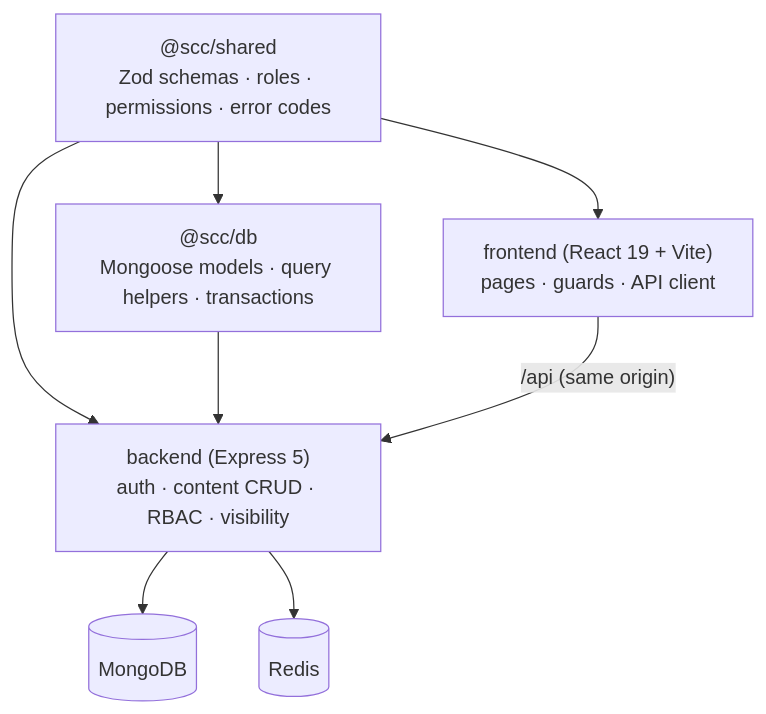
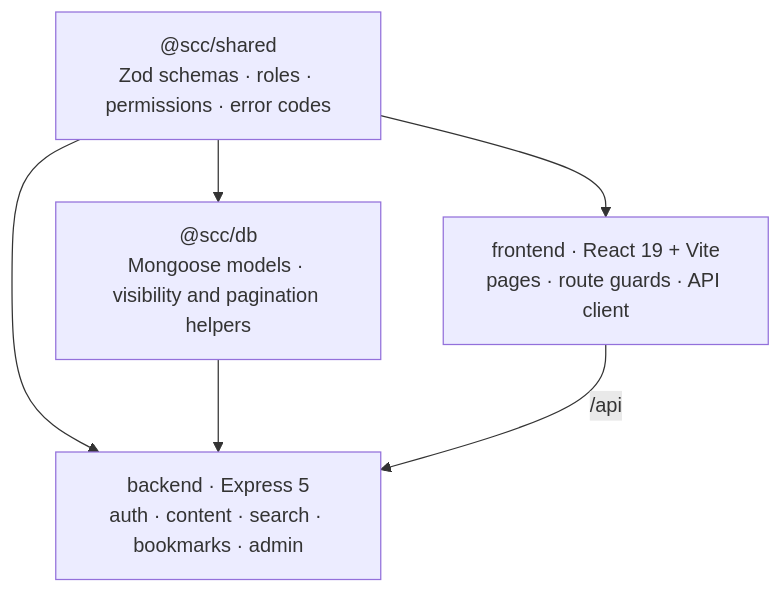
The second of 2 diagrams in README.md (DebanganMALI/Campus-Buddy), drawn with Mermaid before and after one commit. The commit also changed other lines of this file and 2 other files, not shown here.

Commit message:
docs: README with TSSD banner, live demo, architecture, security and team

````diff
--- a/README.md
+++ b/README.md
@@ -84,18 +161,13 @@
 ```mermaid
 flowchart TD
     shared["@scc/shared<br/>Zod schemas · roles · permissions · error codes"]
-    db["@scc/db<br/>Mongoose models · query helpers · transactions"]
-    api["backend (Express 5)<br/>auth · content CRUD · RBAC · visibility"]
-    web["frontend (React 19 + Vite)<br/>pages · guards · API client"]
-
-    mongo[("MongoDB")]
-    redis[("Redis")]
+    db["@scc/db<br/>Mongoose models · visibility and pagination helpers"]
+    api["backend · Express 5<br/>auth · content · search · bookmarks · admin"]
+    web["frontend · React 19 + Vite<br/>pages · route guards · API client"]
 
     shared --> db
     shared --> api
     shared --> web
     db --> api
-    api --> mongo
-    api --> redis
-    web -->|"/api (same origin)"| api
+    web -->|"/api"| api
 ```
````
